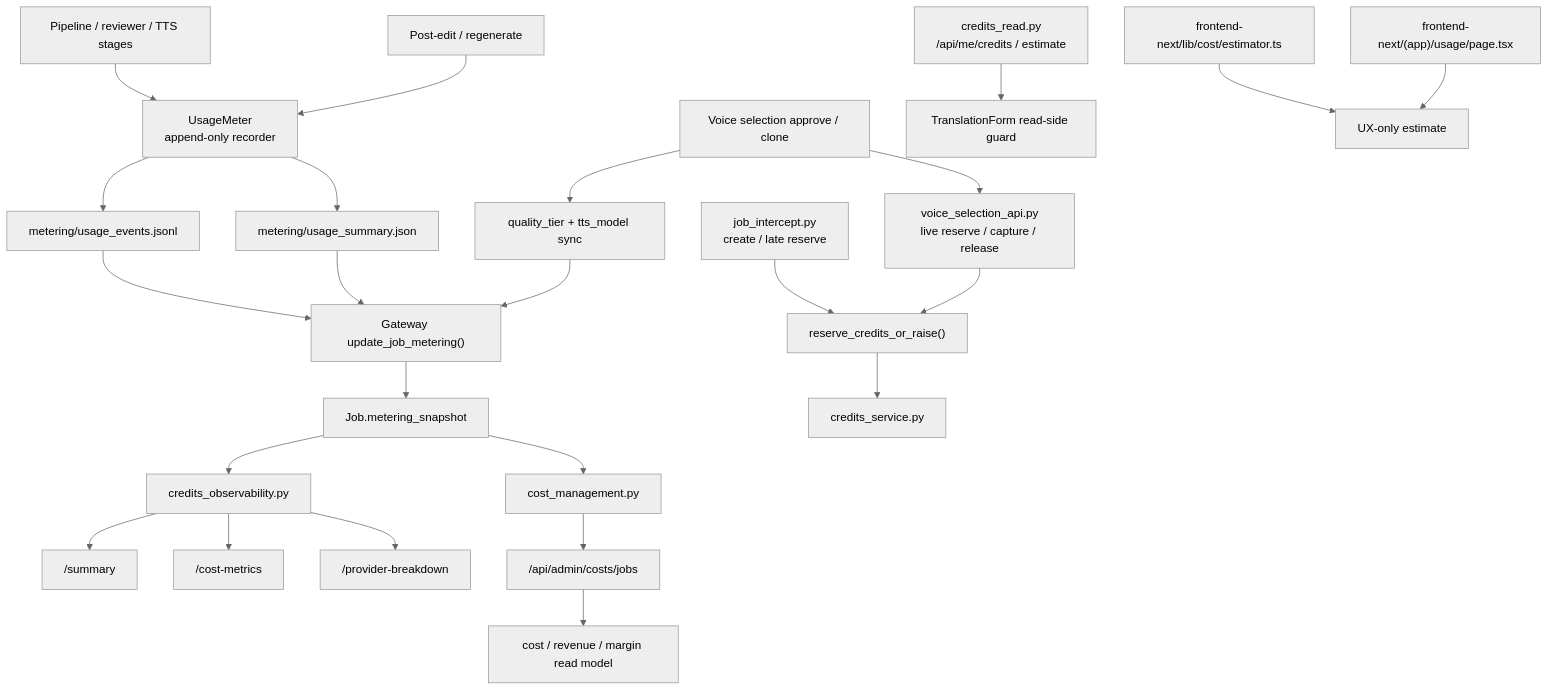
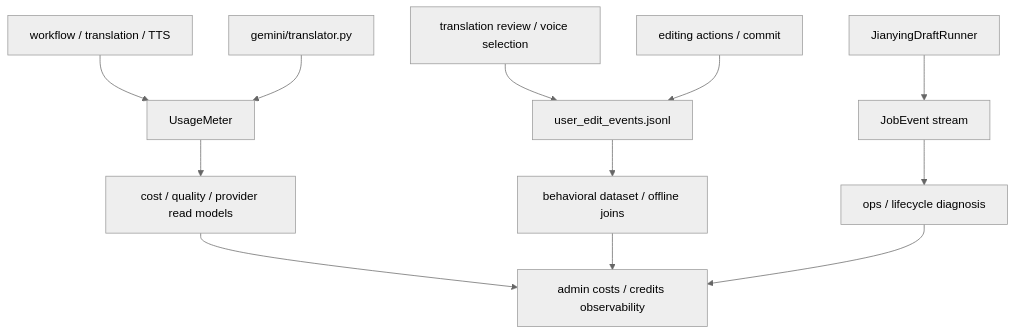
One commit to sun9bear/AITransVideo changed the diagram in docs/graphs/GITNEXUS_BENCHMARK_QUALITY_COST_GRAPH.md. Above: the diagram before and after it, drawn with Mermaid (neutral theme). The commit also changed other lines of this file, not shown here.

Commit message:
docs(graphs): refresh benchmark quality cost graph

````diff
--- a/docs/graphs/GITNEXUS_BENCHMARK_QUALITY_COST_GRAPH.md
+++ b/docs/graphs/GITNEXUS_BENCHMARK_QUALITY_COST_GRAPH.md
@@ -20,33 +16,16 @@
 ```mermaid
 graph TD
-    Workflow["Pipeline / reviewer / TTS stages"] --> UsageMeter
-    PostEdit["Post-edit / regenerate"] --> UsageMeter
-    VoiceReview["Voice selection approve / clone"] --> QualityTier
+    Workflow["workflow / translation / TTS"] --> Usage["UsageMeter"]
+    Translator["gemini/translator.py"] --> Usage
+    Review["translation review / voice selection"] --> UserAudit["user_edit_events.jsonl"]
+    PostEdit["editing actions / commit"] --> UserAudit
+    Runner["JianyingDraftRunner"] --> JobEvents["JobEvent stream"]
 
-    UsageMeter["UsageMeter<br/>append-only recorder"] --> Events["metering/usage_events.jsonl"]
-    UsageMeter --> Summary["metering/usage_summary.json"]
+    Usage --> CostRead["cost / quality / provider read models"]
+    UserAudit --> Behavior["behavioral dataset / offline joins"]
+    JobEvents --> Lifecycle["ops / lifecycle diagnosis"]
 
-    Events --> Writeback["Gateway update_job_metering()"]
-    Summary --> Writeback
-    QualityTier["quality_tier + tts_model sync"] --> Writeback
-
-    Writeback --> Snapshot["Job.metering_snapshot"]
-    Snapshot --> CreditsObs["credits_observability.py"]
-    Snapshot --> CostMgmt["cost_management.py"]
-
-    CreditsRead["credits_read.py<br/>/api/me/credits / estimate"] --> Guards["TranslationForm read-side guard"]
-    JobCreate["job_intercept.py<br/>create / late reserve"] --> LiveReserve["reserve_credits_or_raise()"]
-    VoiceReview --> CloneLedger["voice_selection_api.py<br/>live reserve / capture / release"]
-    CloneLedger --> LiveReserve
-    LiveReserve --> CreditsService["credits_service.py"]
-
-    CreditsObs --> SummaryApi["/summary"]
-    CreditsObs --> CostApi["/cost-metrics"]
-    CreditsObs --> ProviderApi["/provider-breakdown"]
-
-    CostMgmt --> AdminCosts["/api/admin/costs/jobs"]
-    AdminCosts --> MarginView["cost / revenue / margin read model"]
-
-    Estimator["frontend-next/lib/cost/estimator.ts"] --> ReadOnly["UX-only estimate"]
-    UsagePage["frontend-next/(app)/usage/page.tsx"] --> ReadOnly
+    CostRead --> Admin["admin costs / credits observability"]
+    Behavior --> Admin
+    Lifecycle --> Admin
 ```
````
